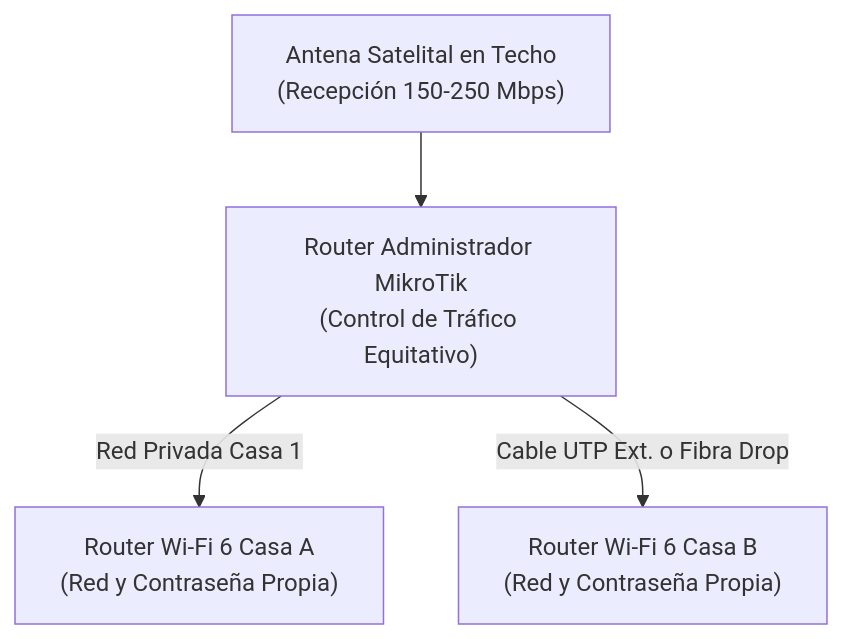
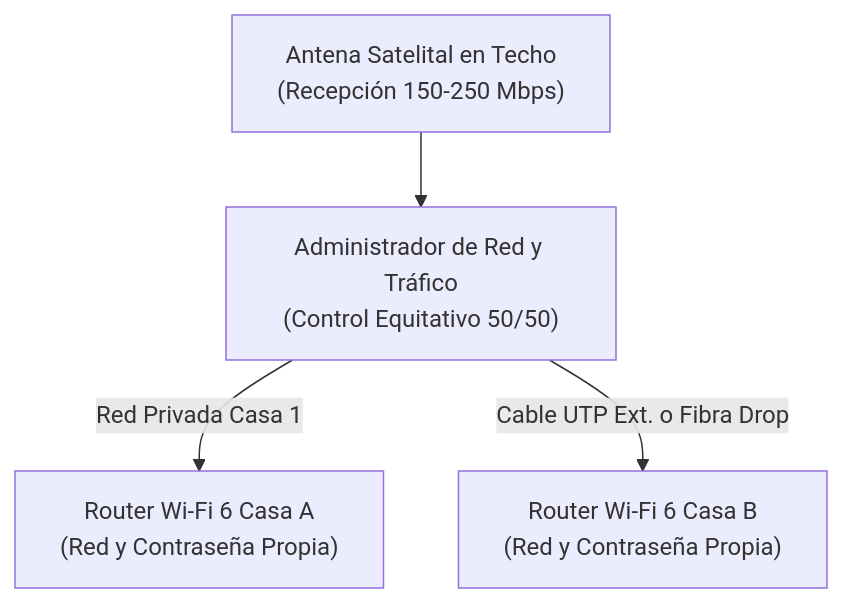
One commit to luisbrioness-arch/hogartv changed the diagram in src/content/articles/instalacion-internet-satelital-rural-chile-redes-parcelas.mdx. Above: the diagram before and after it, drawn with Mermaid. The commit also changed other lines of this file and 39 other files, not shown here.

````diff
--- a/src/content/articles/instalacion-internet-satelital-rural-chile-redes-parcelas.mdx
+++ b/src/content/articles/instalacion-internet-satelital-rural-chile-redes-parcelas.mdx
@@ -263,6 +262,6 @@
 ```mermaid
 flowchart TD
-    SAT["Antena Satelital en Techo<br>(Recepción 150-250 Mbps)"] --> MIK["Router Administrador MikroTik<br>(Control de Tráfico Equitativo)"]
+    SAT["Antena Satelital en Techo<br>(Recepción 150-250 Mbps)"] --> MIK["Administrador de Red y Tráfico<br>(Control Equitativo 50/50)"]
     MIK -->|"Red Privada Casa 1"| R1["Router Wi-Fi 6 Casa A<br>(Red y Contraseña Propia)"]
     MIK -->|"Cable UTP Ext. o Fibra Drop"| R2["Router Wi-Fi 6 Casa B<br>(Red y Contraseña Propia)"]
 ```
````
